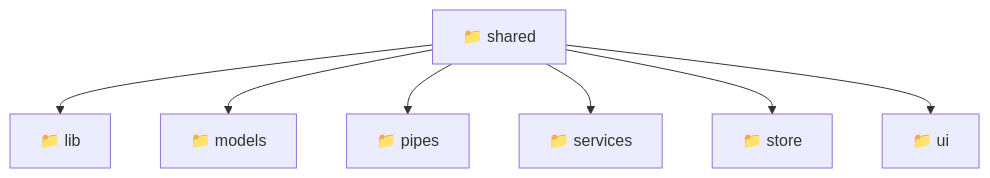
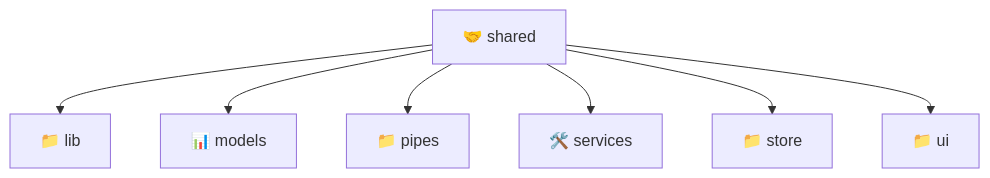
The diagram in frontend/src/shared/README.md (beginwebdev2002/fullstack-mavluda), drawn with Mermaid before and after one commit. The commit also changed other lines of this file and 164 other files, not shown here.

````diff
--- a/frontend/src/shared/README.md
+++ b/frontend/src/shared/README.md
@@ -11,10 +11,10 @@
 ```mermaid
 graph TD
-  Root["📁 shared"]
-  Root --> lib["📁 lib"]
-  Root --> models["📁 models"]
-  Root --> pipes["📁 pipes"]
-  Root --> services["📁 services"]
-  Root --> store["📁 store"]
-  Root --> ui["📁 ui"]
+  Root_shared["🤝 shared"]
+  Root_shared --> d_lib["📁 lib"]
+  Root_shared --> d_models["📊 models"]
+  Root_shared --> d_pipes["📁 pipes"]
+  Root_shared --> d_services["🛠️ services"]
+  Root_shared --> d_store["📁 store"]
+  Root_shared --> d_ui["📁 ui"]
 ```
````
